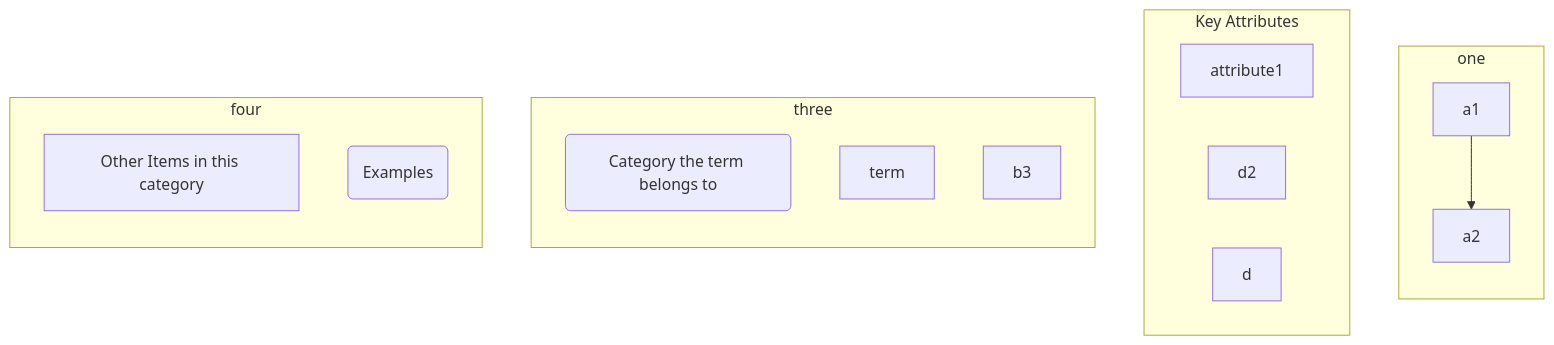
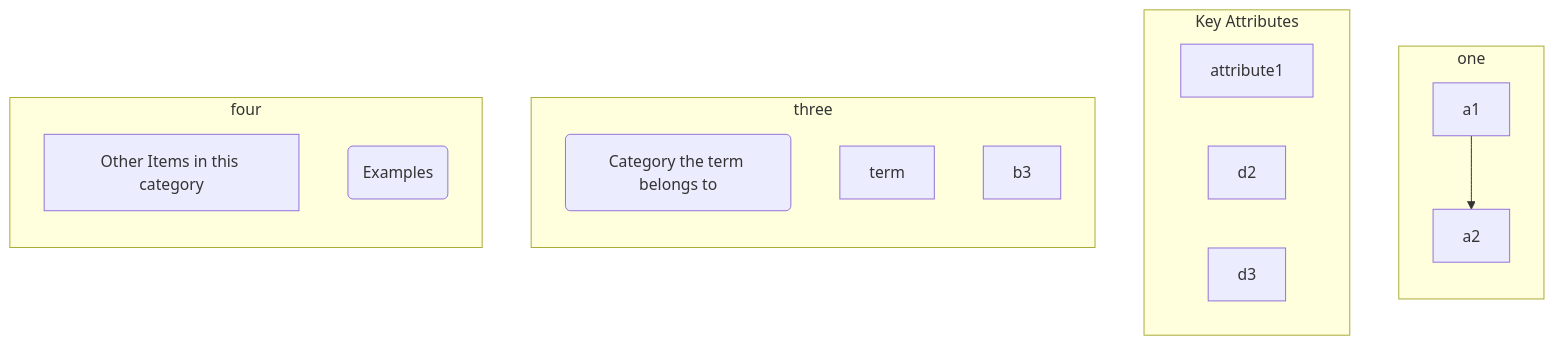
The diagram in slides.md (gerbssusd/dok), drawn with Mermaid before and after one commit.

````diff
--- a/slides.md
+++ b/slides.md
@@ -217,29 +217,29 @@
 ```mermaid
 flowchart TB
     subgraph one 
      direction TB
     a1-->a2
      end
     subgraph Key Attributes
      d1[attribute1]
      d2
-     d
+     d3
      end
     subgraph three
       direction TB
         b1(Category the term belongs to)
         b2[term]
         b3 
         end
     subgraph four
       direction TB
     c1[Other Items in this category] 
     c2(Examples)
     end
 
 
 
 
 
 
 ```
````
